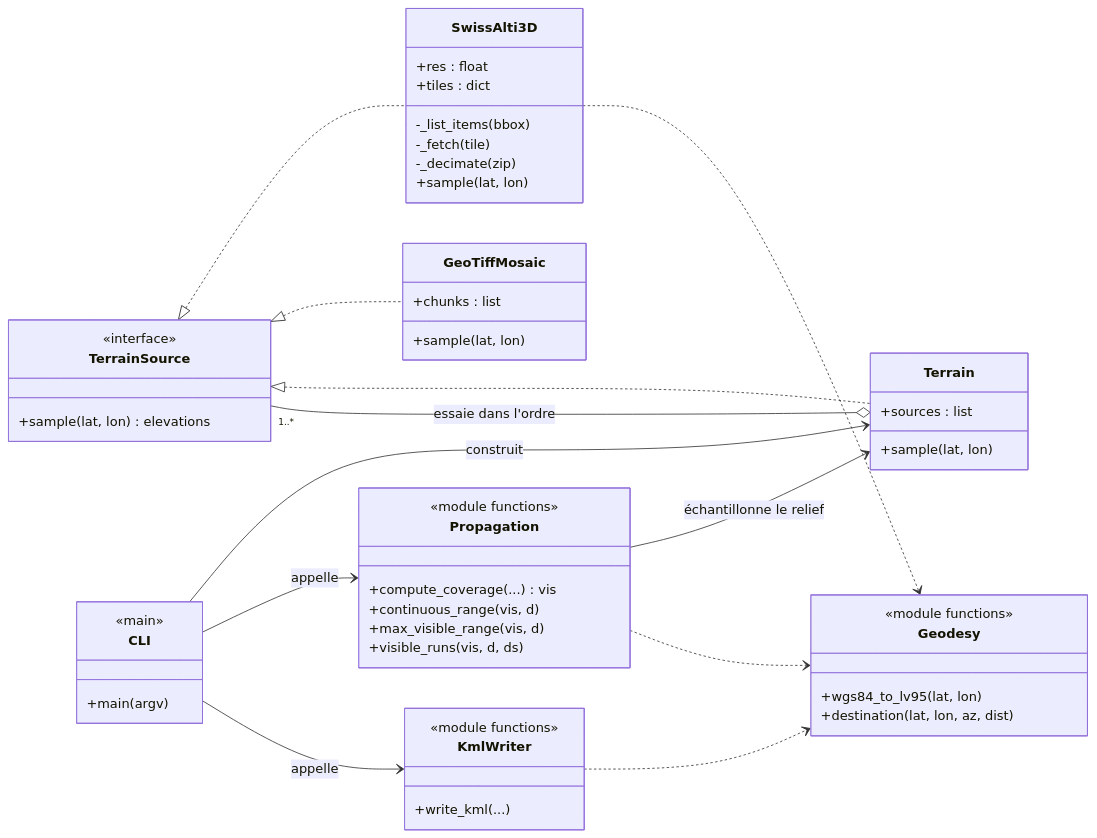
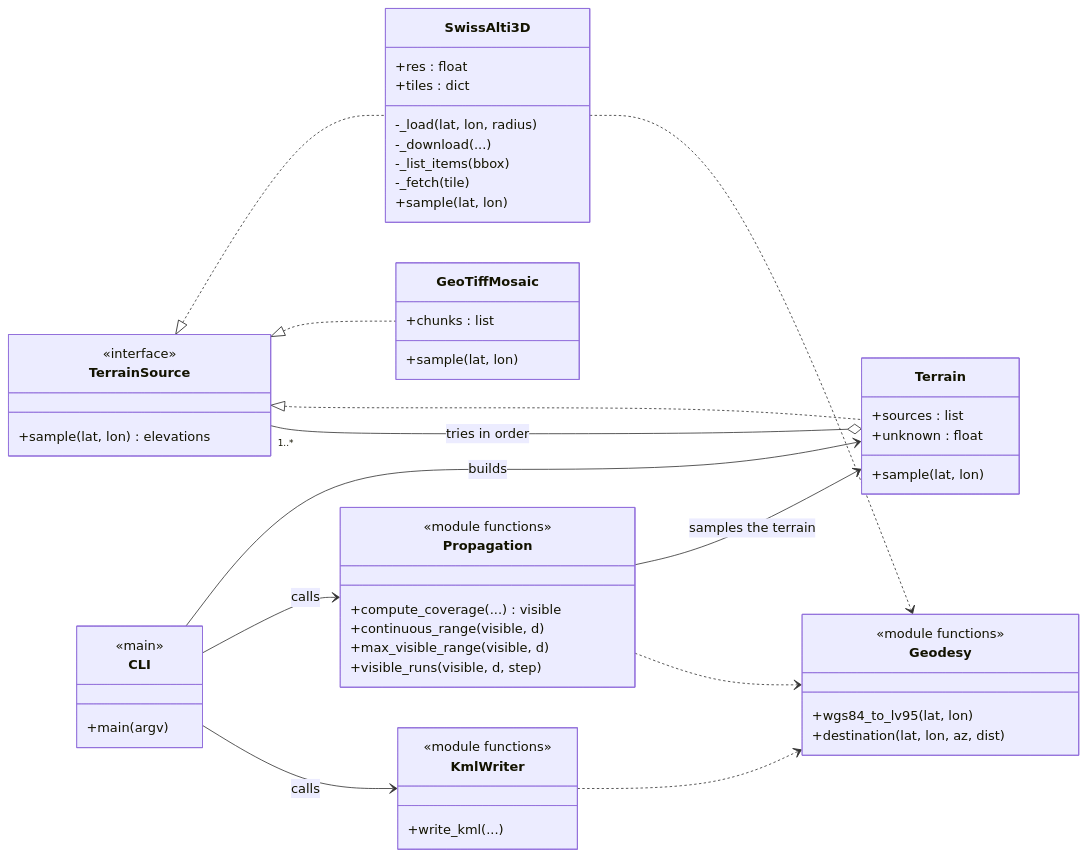
One commit to raphaelcere/clarke-model-generator changed the first of 2 diagrams in README.md. Above: the diagram before and after it, drawn with Mermaid. The commit also changed other lines of this file and 10 other files, not shown here.

````diff
--- a/README.md
+++ b/README.md
@@ -88,55 +90,57 @@
 ```mermaid
 classDiagram
     direction LR
     class TerrainSource {
         <<interface>>
         +sample(lat, lon) elevations
     }
     class SwissAlti3D {
         +res : float
         +tiles : dict
+        -_load(lat, lon, radius)
+        -_download(...)
         -_list_items(bbox)
         -_fetch(tile)
-        -_decimate(zip)
         +sample(lat, lon)
     }
     class GeoTiffMosaic {
         +chunks : list
         +sample(lat, lon)
     }
     class Terrain {
         +sources : list
+        +unknown : float
         +sample(lat, lon)
     }
     class Propagation {
         <<module functions>>
-        +compute_coverage(...) vis
-        +continuous_range(vis, d)
-        +max_visible_range(vis, d)
-        +visible_runs(vis, d, ds)
+        +compute_coverage(...) visible
+        +continuous_range(visible, d)
+        +max_visible_range(visible, d)
+        +visible_runs(visible, d, step)
     }
     class KmlWriter {
         <<module functions>>
         +write_kml(...)
     }
     class CLI {
         <<main>>
         +main(argv)
     }
     class Geodesy {
         <<module functions>>
         +wgs84_to_lv95(lat, lon)
         +destination(lat, lon, az, dist)
     }
     TerrainSource <|.. SwissAlti3D
     TerrainSource <|.. GeoTiffMosaic
     TerrainSource <|.. Terrain
-    Terrain o-- "1..*" TerrainSource : essaie dans l'ordre
-    CLI --> Terrain : construit
-    CLI --> Propagation : appelle
-    CLI --> KmlWriter : appelle
-    Propagation --> Terrain : échantillonne le relief
+    Terrain o-- "1..*" TerrainSource : tries in order
+    CLI --> Terrain : builds
+    CLI --> Propagation : calls
+    CLI --> KmlWriter : calls
+    Propagation --> Terrain : samples the terrain
     Propagation ..> Geodesy
     SwissAlti3D ..> Geodesy
     KmlWriter ..> Geodesy
 ```
````
